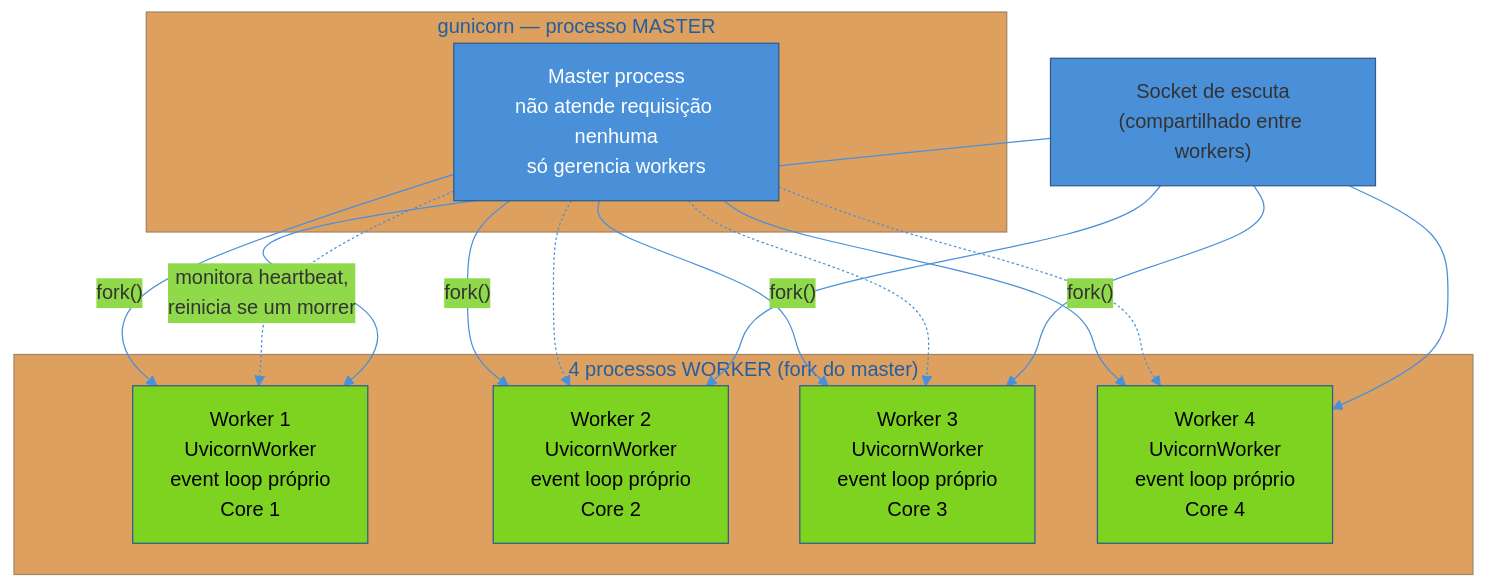
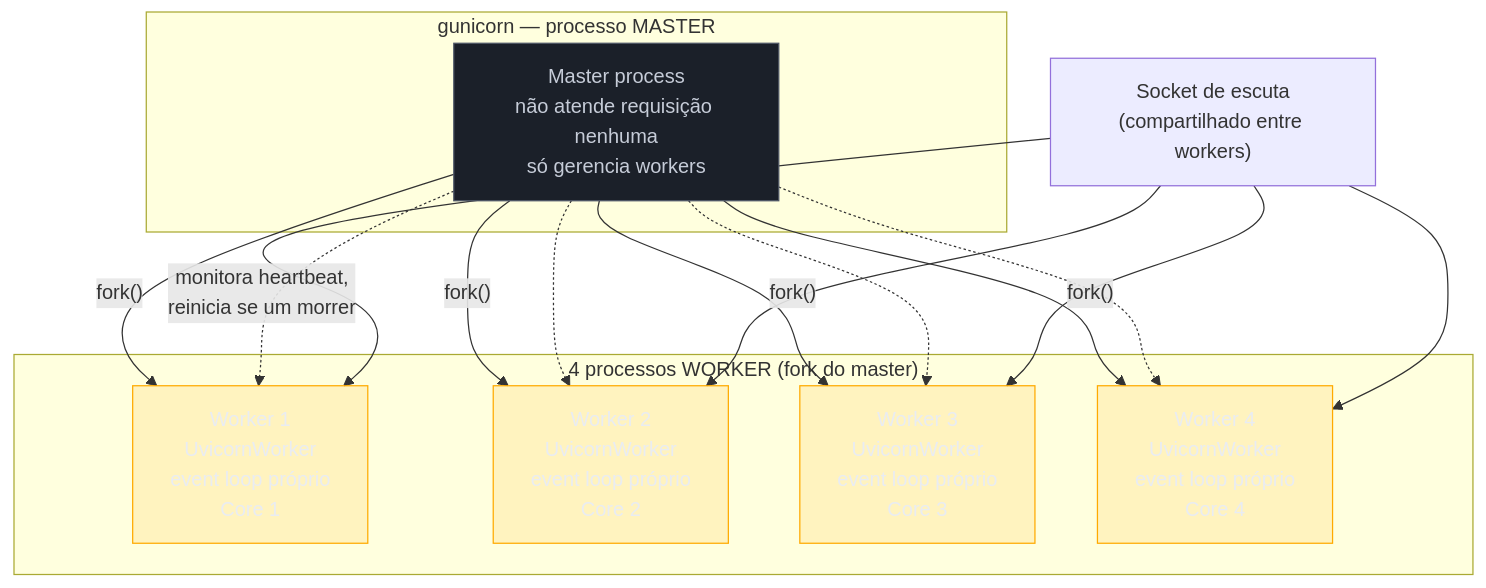
Before and after one commit to josenaldo/codex-technomanticus: the second of 3 diagrams in 03-Dominios/Tecnologia/Python/Observabilidade e produção/04 - WSGI vs ASGI na prática — gunicorn e uvicorn.md, drawn with Mermaid. The commit also changed other lines of this file and 1181 other files, not shown here.

First line of the commit message:
fix(diagramas): paleta do sistema no lugar de cor cravada no markdown

````diff
--- a/03-Dominios/Tecnologia/Python/Observabilidade e produção/04 - WSGI vs ASGI na prática — gunicorn e uvicorn.md
+++ b/03-Dominios/Tecnologia/Python/Observabilidade e produção/04 - WSGI vs ASGI na prática — gunicorn e uvicorn.md
@@ -81,34 +82,35 @@
 ```mermaid
-%%{init: {"theme": "base", "themeVariables": {"primaryColor": "#4A90D9", "primaryBorderColor": "#2E5C8A", "lineColor": "#4A90D9"}}}%%
 flowchart TB
+    classDef neutro fill:#1B2029,stroke:#4E5666,color:#C6CCD8
+    classDef destaque fill:#FFAA0024,stroke:#FFAA00,color:#E9ECF2
     subgraph Master["gunicorn — processo MASTER"]
         M["Master process<br/>não atende requisição nenhuma<br/>só gerencia workers"]
     end
 
     subgraph Workers["4 processos WORKER (fork do master)"]
         W1["Worker 1<br/>UvicornWorker<br/>event loop próprio<br/>Core 1"]
         W2["Worker 2<br/>UvicornWorker<br/>event loop próprio<br/>Core 2"]
         W3["Worker 3<br/>UvicornWorker<br/>event loop próprio<br/>Core 3"]
         W4["Worker 4<br/>UvicornWorker<br/>event loop próprio<br/>Core 4"]
     end
 
     M -->|"fork()"| W1
     M -->|"fork()"| W2
     M -->|"fork()"| W3
     M -->|"fork()"| W4
     M -.->|"monitora heartbeat,<br/>reinicia se um morrer"| W1
     M -.-> W2
     M -.-> W3
     M -.-> W4
 
     SO["Socket de escuta<br/>(compartilhado entre workers)"] --> W1
     SO --> W2
     SO --> W3
     SO --> W4
 
-    style M fill:#4A90D9,color:#fff
-    style W1 fill:#7ED321,color:#000
-    style W2 fill:#7ED321,color:#000
-    style W3 fill:#7ED321,color:#000
-    style W4 fill:#7ED321,color:#000
+    class M neutro
+    class W1 destaque
+    class W2 destaque
+    class W3 destaque
+    class W4 destaque
 ```
````
